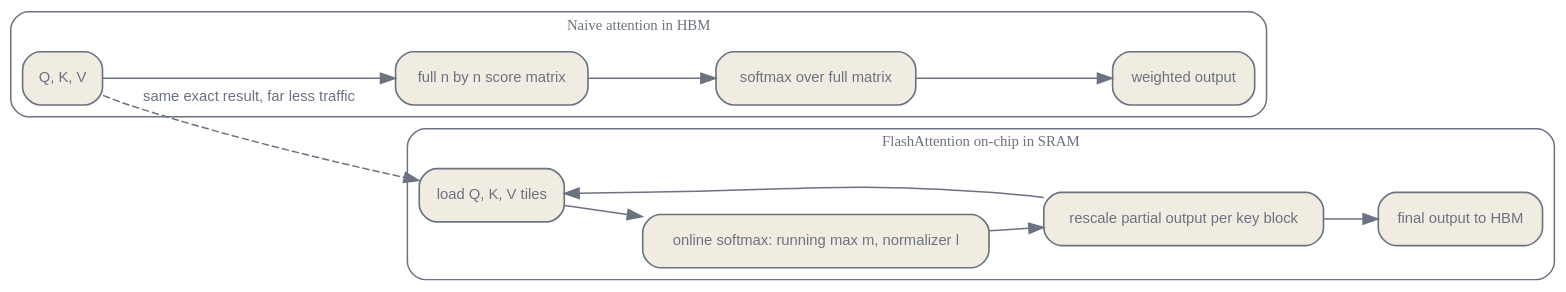
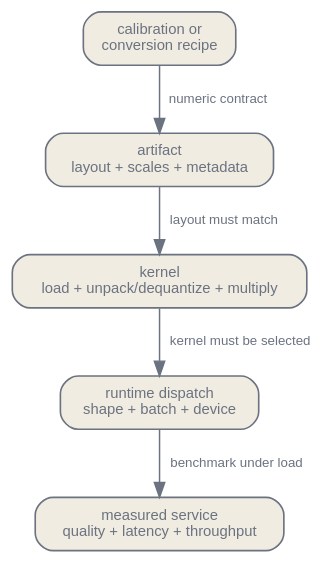
Before and after one commit to latere-ai/ai-as-an-infrastructure: the first of 2 diagrams in en/inference/04-quantization-kernels.qmd, drawn with Graphviz. The commit also changed other lines of this file and 4 other files, not shown here.

Commit message:
docs: rewrite quantization and kernels

````diff
--- a/en/inference/04-quantization-kernels.qmd
+++ b/en/inference/04-quantization-kernels.qmd
@@ -210,35 +319,20 @@
 ```{dot}
-//| label: fig-quantization-kernels-flashattention
-//| fig-cap: "Naive attention writes and reads the full score matrix through HBM, while FlashAttention streams Q, K, V tiles through SRAM and keeps a running max and normalizer so the matrix never lands in HBM. After Dao et al. (2022)."
+//| label: fig-quantization-execution-path
+//| fig-cap: "Compression becomes a service result only when the artifact layout, executable kernel, and runtime dispatch agree. Each boundary must be measured rather than inferred from a format name."
 digraph {
   bgcolor="transparent";
-  rankdir=LR;
+  rankdir=TB;
   nodesep=0.4; ranksep=0.5;
   node [shape=box, style="rounded,filled", fontname="Helvetica", fontsize=10, color="#6b7280", fontcolor="#6b7280", fillcolor="#f1ece1", penwidth=1.1];
-  edge [fontsize=10, fontname="Helvetica", color="#6b7280", fontcolor="#6b7280"];
-  subgraph cluster_HBM_naive {
-    label="Naive attention in HBM";
-    style=rounded; color="#6b7280"; fontcolor="#6b7280"; fontsize=10;
-    QN [label="Q, K, V"];
-    SC [label="full n by n score matrix"];
-    SM [label="softmax over full matrix"];
-    ON [label="weighted output"];
-    QN -> SC;
-    SC -> SM;
-    SM -> ON;
-  }
-  subgraph cluster_SRAM {
-    label="FlashAttention on-chip in SRAM";
-    style=rounded; color="#6b7280"; fontcolor="#6b7280"; fontsize=10;
-    TILE [label="load Q, K, V tiles"];
-    ONLINE [label="online softmax: running max m, normalizer l"];
-    RESCALE [label="rescale partial output per key block"];
-    OUT [label="final output to HBM"];
-    TILE -> ONLINE;
-    ONLINE -> RESCALE;
-    RESCALE -> TILE;
-    RESCALE -> OUT;
-  }
-  QN -> TILE [style=dashed, label="same exact result, far less traffic"];
+  edge [fontsize=9, fontname="Helvetica", color="#6b7280", fontcolor="#6b7280"];
+  A [label="calibration or\nconversion recipe"];
+  B [label="artifact\nlayout + scales + metadata"];
+  C [label="kernel\nload + unpack/dequantize + multiply"];
+  D [label="runtime dispatch\nshape + batch + device"];
+  E [label="measured service\nquality + latency + throughput"];
+  A -> B [label="numeric contract"];
+  B -> C [label="layout must match"];
+  C -> D [label="kernel must be selected"];
+  D -> E [label="benchmark under load"];
 }
 ```
````
